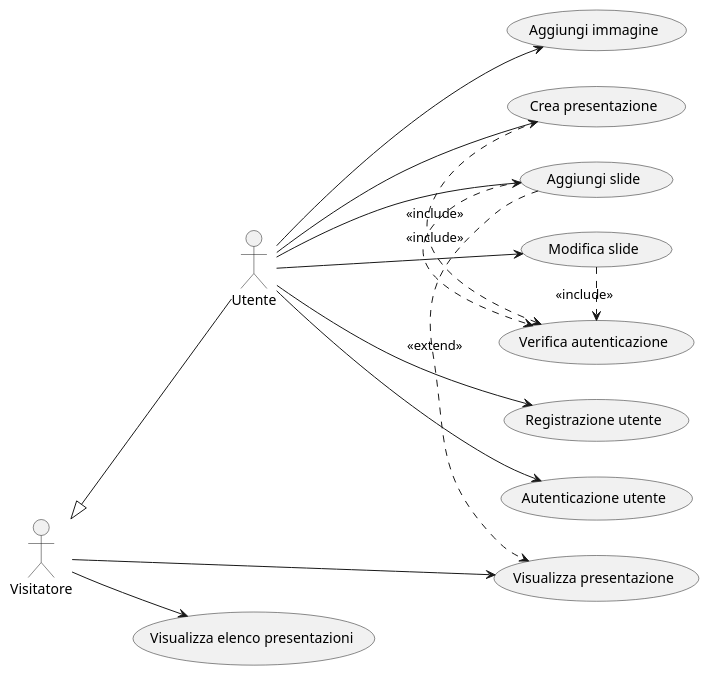
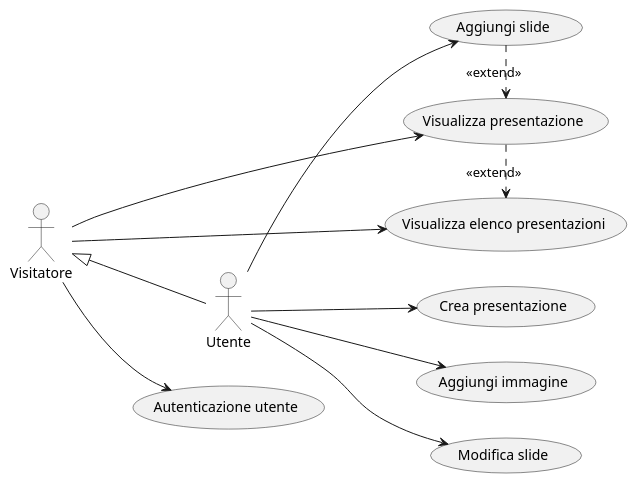
Before and after one commit to CristianMonticelli/Progetto_Maturita: the diagram in diagramma_casi_uso.puml, drawn with PlantUML. The commit also changed 6 other files, not shown here.

```diff
--- a/diagramma_casi_uso.puml
+++ b/diagramma_casi_uso.puml
@@ -1,22 +1,19 @@
 @startuml casi_uso_slidesapp
 left to right direction
 actor Visitatore
 actor Utente
 Visitatore <|-- Utente
 
 Visitatore --> (Visualizza elenco presentazioni)
 Visitatore --> (Visualizza presentazione)
+Visitatore --> (Autenticazione utente)
 
-Utente --> (Registrazione utente)
-Utente --> (Autenticazione utente)
 Utente --> (Crea presentazione)
 Utente --> (Aggiungi slide)
 Utente --> (Aggiungi immagine)
 Utente --> (Modifica slide)
 
-(Crea presentazione) .> (Verifica autenticazione) : <<include>>
-(Aggiungi slide) .> (Verifica autenticazione) : <<include>>
-(Modifica slide) .> (Verifica autenticazione) : <<include>>
 
+(Visualizza presentazione) .> (Visualizza elenco presentazioni) : <<extend>>
 (Aggiungi slide) .> (Visualizza presentazione) : <<extend>>
 @enduml
```
